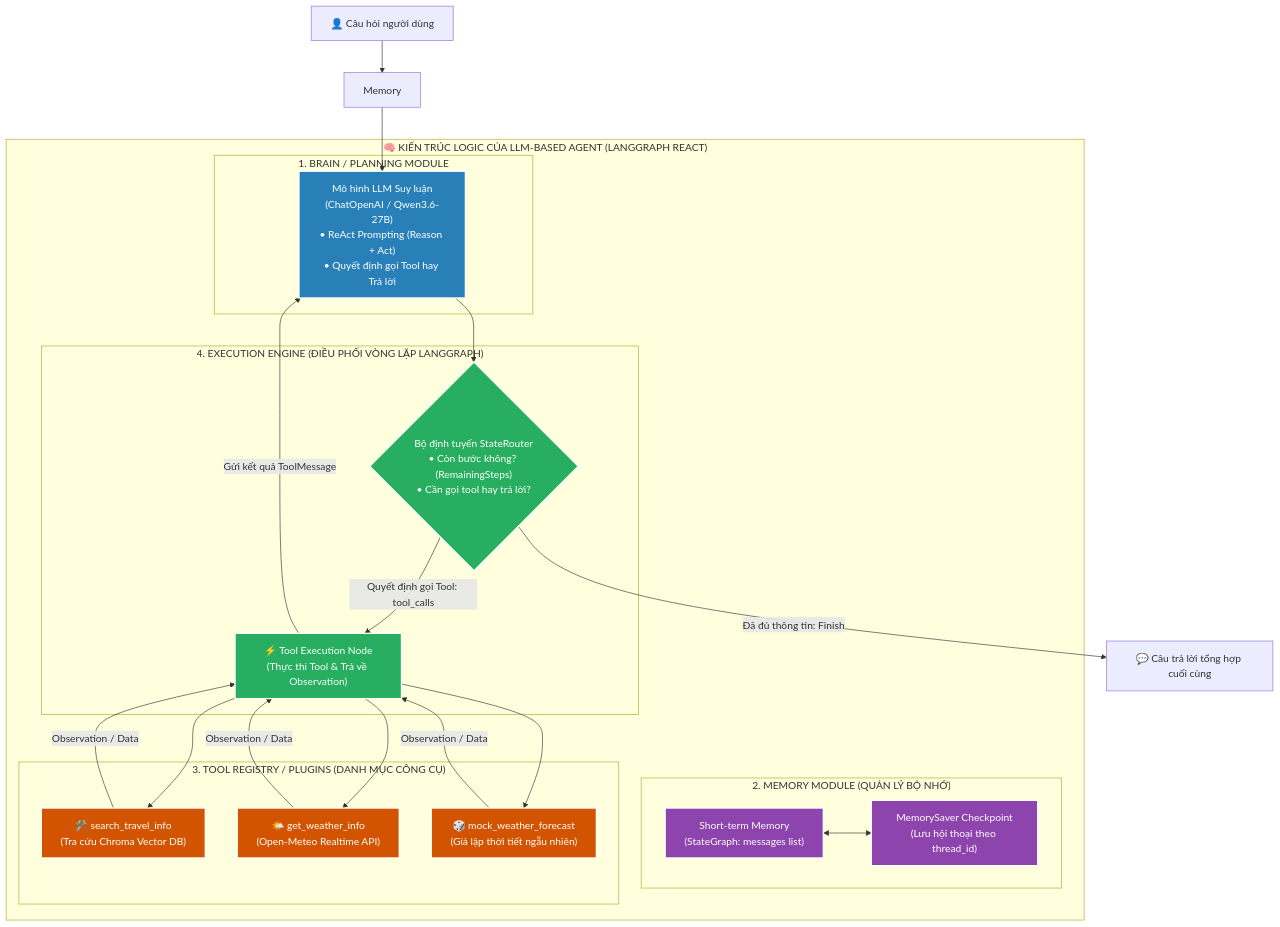
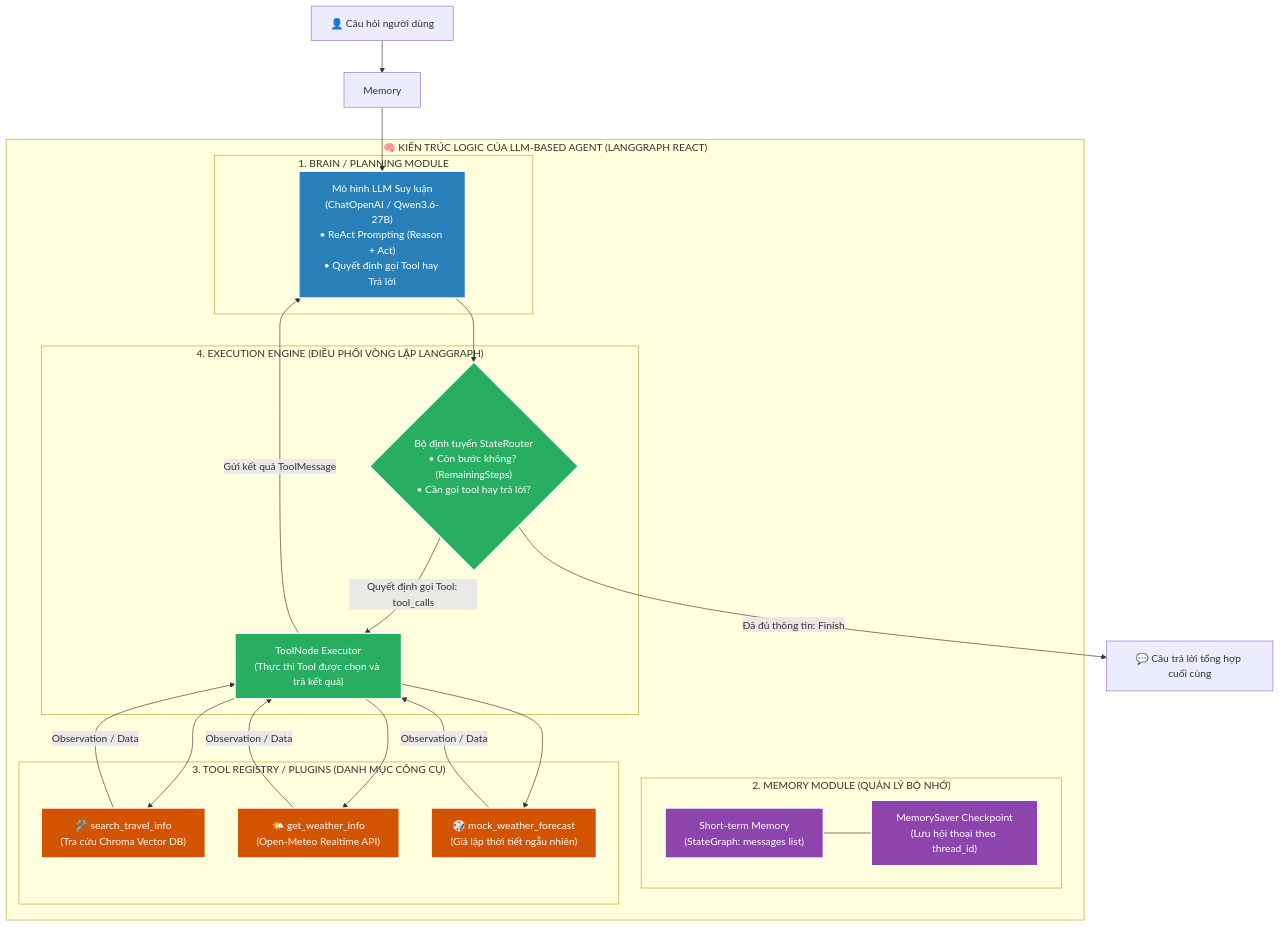
One commit to Bubusr/FULL_KTPM changed the first of 2 diagrams in refine11_12.md. Above: the diagram before and after it, drawn with Mermaid. The commit also changed other lines of this file and 21 other files, not shown here.

````diff
--- a/refine11_12.md
+++ b/refine11_12.md
@@ -80,48 +64,48 @@
 ```mermaid
 graph TD
     classDef brainStyle fill:#2980b9,stroke:#fff,stroke-width:2px,color:#fff;
     classDef memStyle fill:#8e44ad,stroke:#fff,stroke-width:2px,color:#fff;
     classDef toolStyle fill:#d35400,stroke:#fff,stroke-width:2px,color:#fff;
     classDef engineStyle fill:#27ae60,stroke:#fff,stroke-width:2px,color:#fff;
 
     subgraph AGENT_LOGIC["🧠 KIẾN TRÚC LOGIC CỦA LLM-BASED AGENT (LANGGRAPH REACT)"]
         
         subgraph BRAIN["1. BRAIN / PLANNING MODULE"]
             LLM_Core["Mô hình LLM Suy luận<br>(ChatOpenAI / Qwen3.6-27B)<br>• ReAct Prompting (Reason + Act)<br>• Quyết định gọi Tool hay Trả lời"]:::brainStyle
         end
 
         subgraph MEMORY["2. MEMORY MODULE (QUẢN LÝ BỘ NHỚ)"]
             ShortTerm["Short-term Memory<br>(StateGraph: messages list)"]:::memStyle
             Checkpointer["MemorySaver Checkpoint<br>(Lưu hội thoại theo thread_id)"]:::memStyle
-            ShortTerm <--> Checkpointer
+            ShortTerm --- Checkpointer
         end
 
         subgraph TOOL_REGISTRY["3. TOOL REGISTRY / PLUGINS (DANH MỤC CÔNG CỤ)"]
             Tool1["🛠️ search_travel_info<br>(Tra cứu Chroma Vector DB)"]:::toolStyle
             Tool2["🌤️ get_weather_info<br>(Open-Meteo Realtime API)"]:::toolStyle
             Tool3["🎲 mock_weather_forecast<br>(Giả lập thời tiết ngẫu nhiên)"]:::toolStyle
         end
 
         subgraph EXEC_ENGINE["4. EXECUTION ENGINE (ĐIỀU PHỐI VÒNG LẶP LANGGRAPH)"]
             StateRouter{"Bộ định tuyến StateRouter<br>• Còn bước không? (RemainingSteps)<br>• Cần gọi tool hay trả lời?"}:::engineStyle
-            ToolNode["⚡ Tool Execution Node<br>(Thực thi Tool & Trả về Observation)"]:::engineStyle
+            ToolNode["ToolNode Executor<br>(Thực thi Tool được chọn và trả kết quả)"]:::engineStyle
         end
     end
 
     %% LUỒNG HOẠT ĐỘNG (REACT LOOP)
     UserQuery["👤 Câu hỏi người dùng"] --> Memory
     Memory --> LLM_Core
     LLM_Core --> StateRouter
 
     StateRouter -->|Quyết định gọi Tool: tool_calls| ToolNode
     ToolNode --> Tool1
     ToolNode --> Tool2
     ToolNode --> Tool3
 
     Tool1 -->|Observation / Data| ToolNode
     Tool2 -->|Observation / Data| ToolNode
     Tool3 -->|Observation / Data| ToolNode
 
     ToolNode -->|Gửi kết quả ToolMessage| LLM_Core
     StateRouter -->|Đã đủ thông tin: Finish| FinalAnswer["💬 Câu trả lời tổng hợp cuối cùng"]
 ```
````
